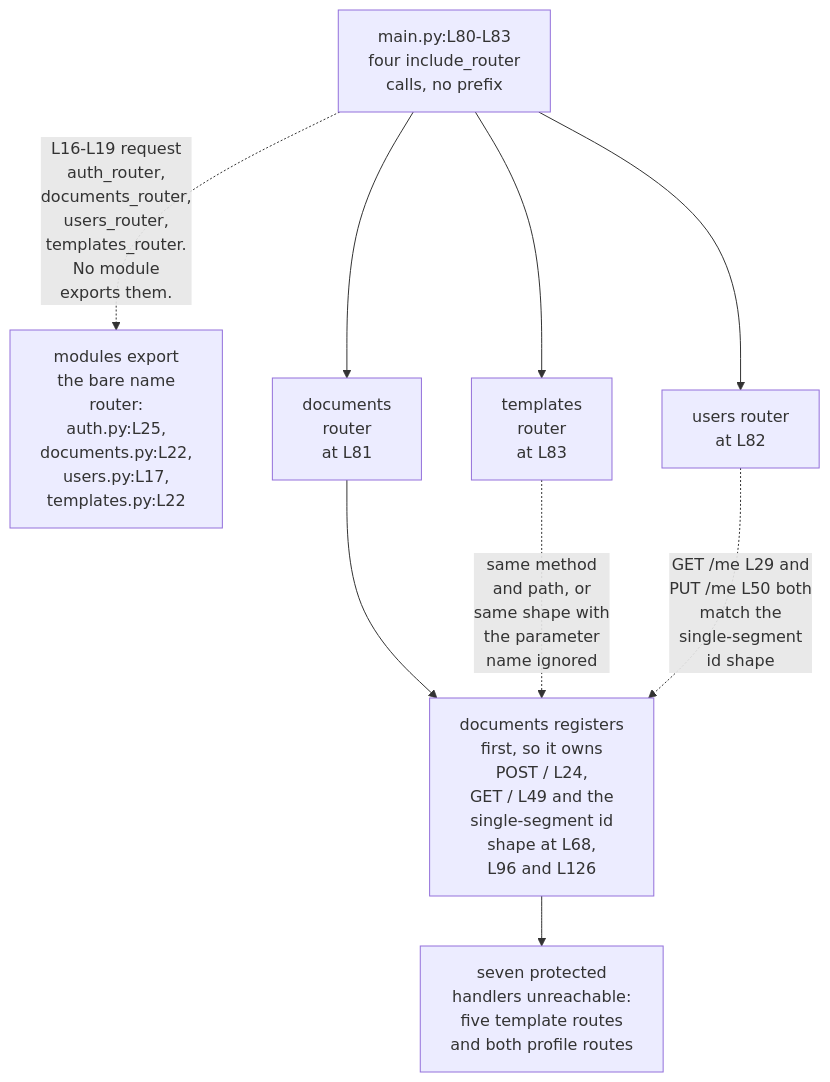
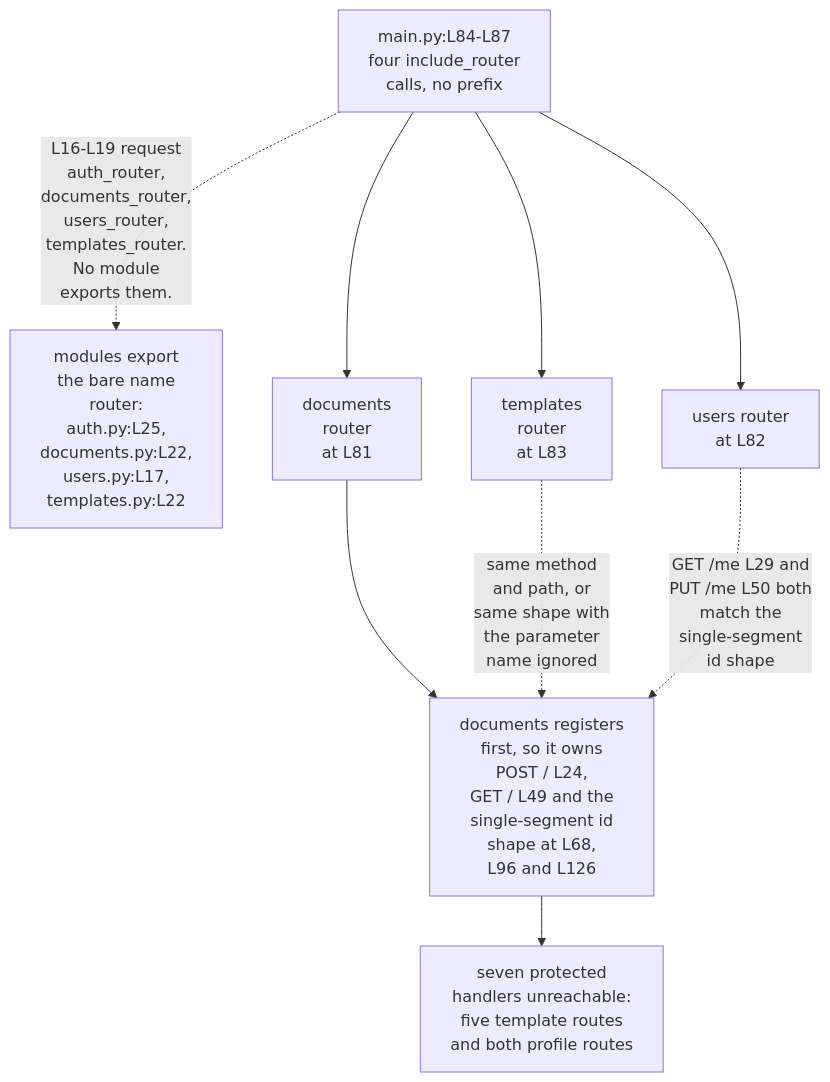
One commit to blitzy-public-samples/microsoft-word-u33ko0 changed the second of 2 diagrams in backend/app/api/README.md. Above: the diagram before and after it, drawn with Mermaid. The commit also changed other lines of this file and 27 other files, not shown here.

````diff
--- a/backend/app/api/README.md
+++ b/backend/app/api/README.md
@@ -189,19 +189,19 @@
 ```mermaid
 graph TD
     accTitle: Why the documents router owns every colliding path
     accDescr: main.py mounts all four routers with no prefix, so identical paths collide. The documents router registers first and owns the shared shapes, leaving seven protected handlers unreachable.
-    MAIN["main.py:L80-L83<br/>four include_router<br/>calls, no prefix"]
+    MAIN["main.py:L84-L87<br/>four include_router<br/>calls, no prefix"]
     NAMES["modules export<br/>the bare name<br/>router:<br/>auth.py:L25,<br/>documents.py:L22,<br/>users.py:L17,<br/>templates.py:L22"]
 
     MAIN -.->|"L16-L19 request<br/>auth_router,<br/>documents_router,<br/>users_router,<br/>templates_router.<br/>No module<br/>exports them."| NAMES
 
     MAIN --> D["documents<br/>router<br/>at L81"]
     MAIN --> U["users router<br/>at L82"]
     MAIN --> T["templates<br/>router<br/>at L83"]
 
     D --> WIN["documents registers<br/>first, so it owns<br/>POST / L24,<br/>GET / L49 and the<br/>single-segment id<br/>shape at L68,<br/>L96 and L126"]
     T -.->|"same method<br/>and path, or<br/>same shape with<br/>the parameter<br/>name ignored"| WIN
     U -.->|"GET /me L29 and<br/>PUT /me L50 both<br/>match the<br/>single-segment<br/>id shape"| WIN
 
     WIN --> OUT["seven protected<br/>handlers unreachable:<br/>five template routes<br/>and both profile routes"]
 ```
````
